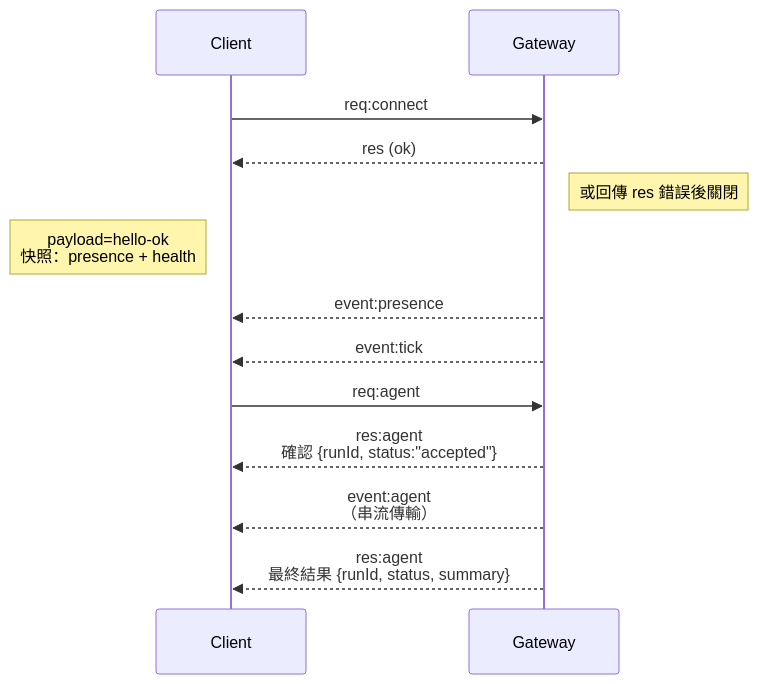
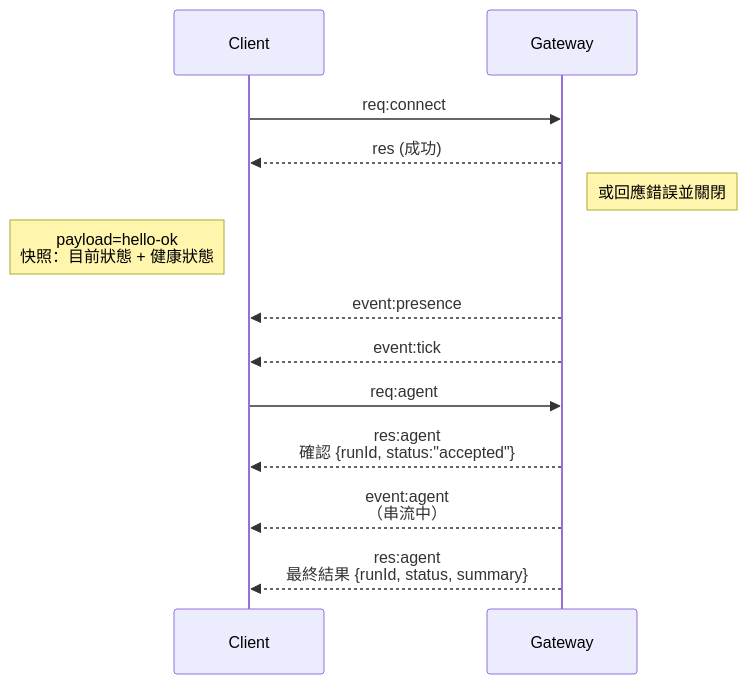
One commit to is0383kk/ai-docs-sync-workflow changed the diagram in openclaw-docs/zh-TW/concepts/architecture.md. Above: the diagram before and after it, drawn with Mermaid. The commit also changed other lines of this file and 11096 other files, not shown here.

````diff
--- a/openclaw-docs/zh-TW/concepts/architecture.md
+++ b/openclaw-docs/zh-TW/concepts/architecture.md
@@ -58,18 +59,18 @@
 ```mermaid
 sequenceDiagram
     participant Client
     participant Gateway
 
     Client->>Gateway: req:connect
-    Gateway-->>Client: res (ok)
-    Note right of Gateway: 或回傳 res 錯誤後關閉
-    Note left of Client: payload=hello-ok<br>快照：presence + health
+    Gateway-->>Client: res (成功)
+    Note right of Gateway: 或回應錯誤並關閉
+    Note left of Client: payload=hello-ok<br>快照：目前狀態 + 健康狀態
 
     Gateway-->>Client: event:presence
     Gateway-->>Client: event:tick
 
     Client->>Gateway: req:agent
     Gateway-->>Client: res:agent<br>確認 {runId, status:"accepted"}
-    Gateway-->>Client: event:agent<br>（串流傳輸）
+    Gateway-->>Client: event:agent<br>（串流中）
     Gateway-->>Client: res:agent<br>最終結果 {runId, status, summary}
 ```
````
